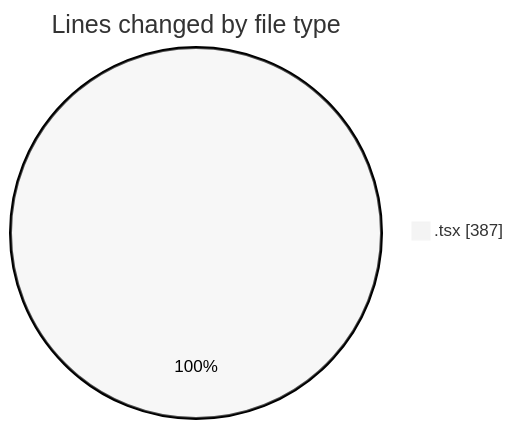
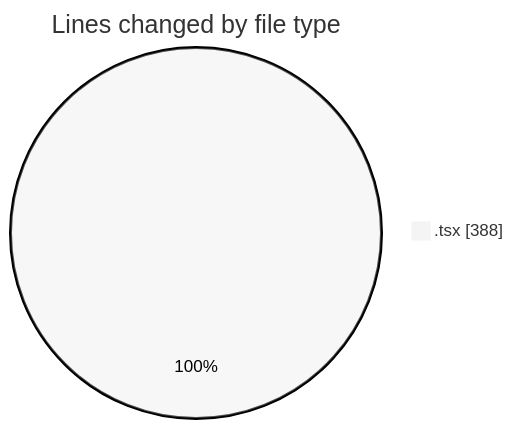
Before and after one commit to robertbonfada/code-tracking: the first of 2 diagrams in 2025-02-19/termonied-web/README.md, drawn with Mermaid (neutral theme). The commit also changed other lines of this file and 1 other file, not shown here.

````diff
--- a/2025-02-19/termonied-web/README.md
+++ b/2025-02-19/termonied-web/README.md
@@ -21,5 +21,5 @@
 ```mermaid
 pie showData
 title Lines changed by file type
-".tsx" : 387
+".tsx" : 388
 ```
````
